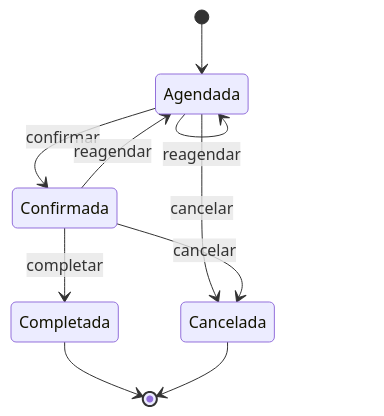
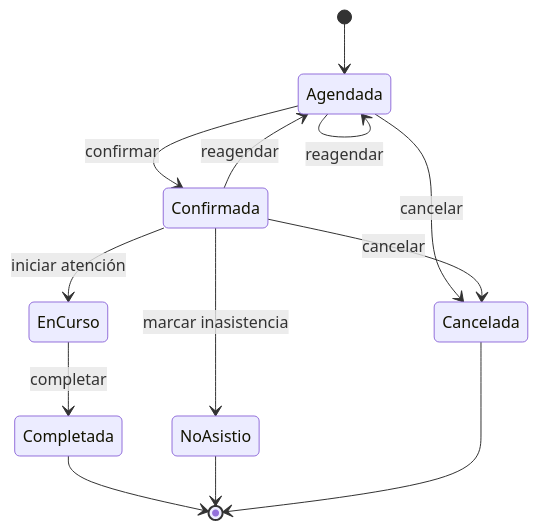
The third of 5 diagrams in docs/DIAGRAMAS-FLUJOS.md (QuetzalTwT119/dentissa), drawn with Mermaid before and after one commit. The commit also changed other lines of this file and 19 other files, not shown here.

````diff
--- a/docs/DIAGRAMAS-FLUJOS.md
+++ b/docs/DIAGRAMAS-FLUJOS.md
@@ -48,12 +54,15 @@
 ```mermaid
 stateDiagram-v2
     [*] --> Agendada
     Agendada --> Confirmada: confirmar
     Agendada --> Cancelada: cancelar
     Agendada --> Agendada: reagendar
-    Confirmada --> Completada: completar
+    Confirmada --> EnCurso: iniciar atención
+    Confirmada --> NoAsistio: marcar inasistencia
     Confirmada --> Cancelada: cancelar
     Confirmada --> Agendada: reagendar
+    EnCurso --> Completada: completar
     Completada --> [*]
+    NoAsistio --> [*]
     Cancelada --> [*]
 ```
````
